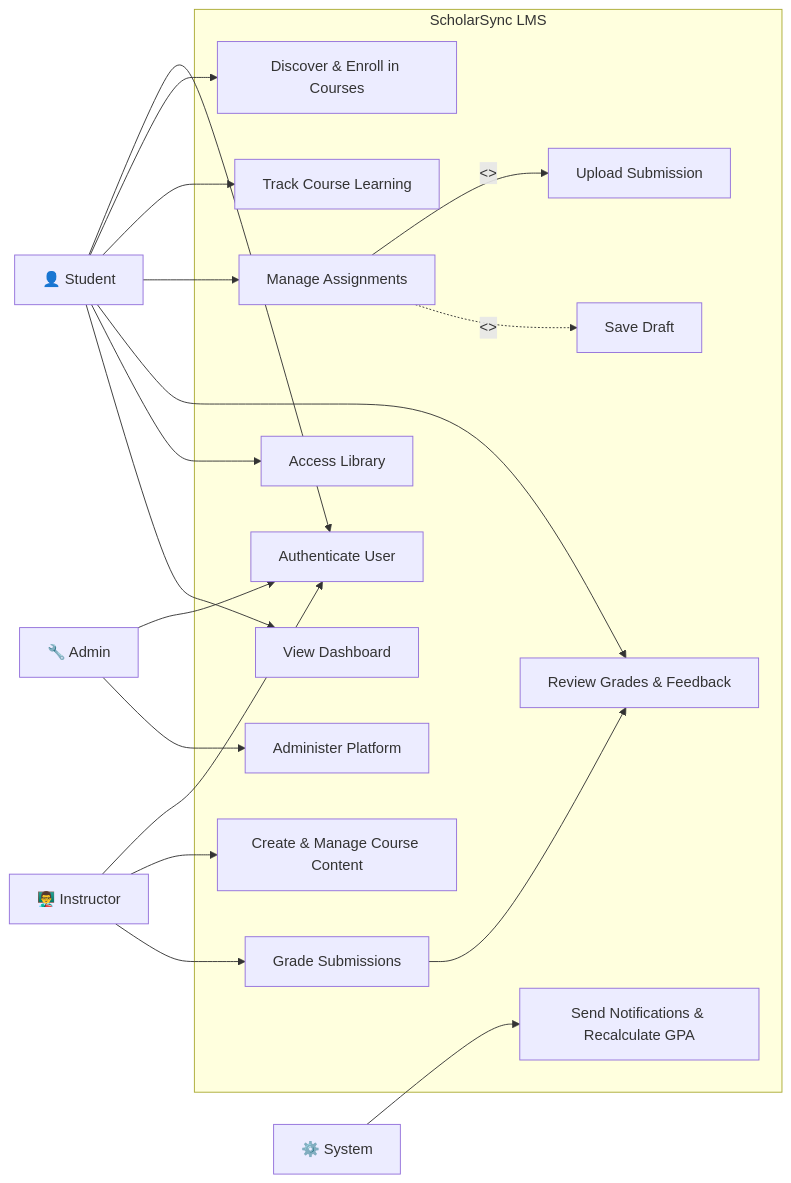
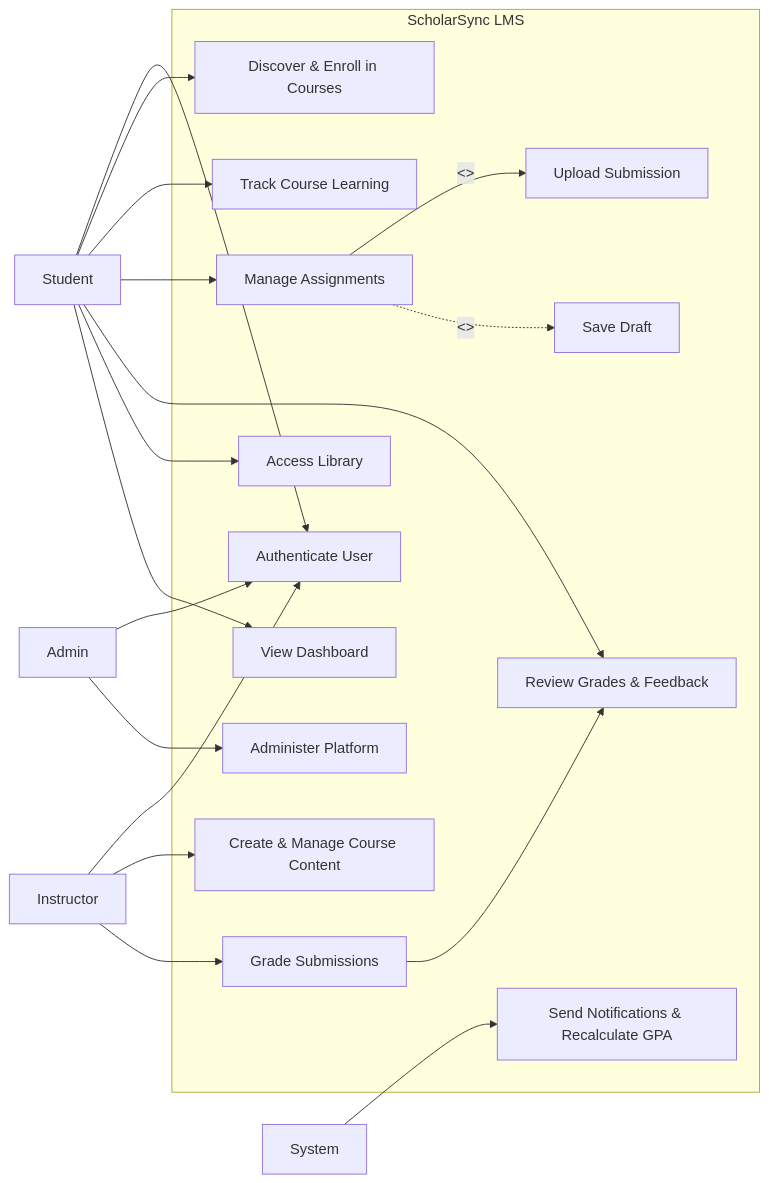
One commit to Aman739-code/Scholar-Sync changed the diagram in diagrams/1)_UseCaseDiagram.md. Above: the diagram before and after it, drawn with Mermaid.

Commit message:
Refactored Use Case Diagram

````diff
--- a/diagrams/1)_UseCaseDiagram.md
+++ b/diagrams/1)_UseCaseDiagram.md
@@ -17,48 +17,48 @@
 ```mermaid
 graph LR
     %% Actors
-    S[👤 Student]
-    I[👨‍🏫 Instructor]
-    A[🔧 Admin]
-    SYS[⚙️ System]
+    S[ Student]
+    I[ Instructor]
+    A[ Admin]
+    SYS[ System]
 
     %% System Boundary
     subgraph LMS["ScholarSync LMS"]
         UC1[Authenticate User]
         UC2[Discover & Enroll in Courses]
         UC3[Track Course Learning]
         UC4[Manage Assignments]
         UC4a[Upload Submission]
         UC4b[Save Draft]
         UC5[Review Grades & Feedback]
         UC6[Access Library]
         UC7[View Dashboard]
         UC8[Create & Manage Course Content]
         UC9[Grade Submissions]
         UC10[Administer Platform]
         UC11[Send Notifications & Recalculate GPA]
     end
 
     %% Actor → Use Case relations
     S --> UC1
     S --> UC2
     S --> UC3
     S --> UC4
     S --> UC5
     S --> UC6
     S --> UC7
 
     I --> UC1
     I --> UC8
     I --> UC9
 
     A --> UC1
     A --> UC10
 
     SYS --> UC11
 
     %% Include / Extend (lightweight)
     UC4 -->|<<include>>| UC4a
     UC4 -.->|<<extend>>| UC4b
     UC9 --> UC5
 ```
````
